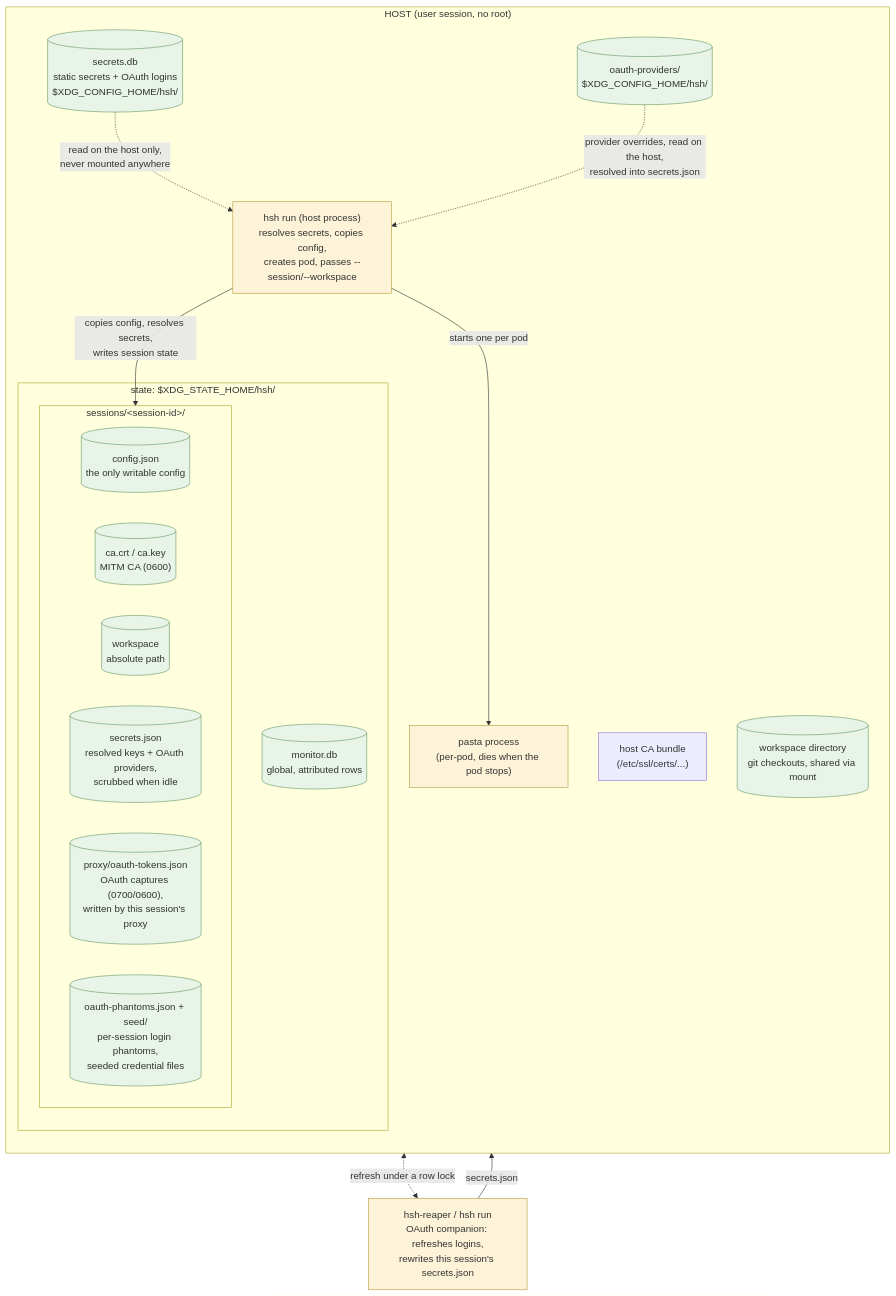
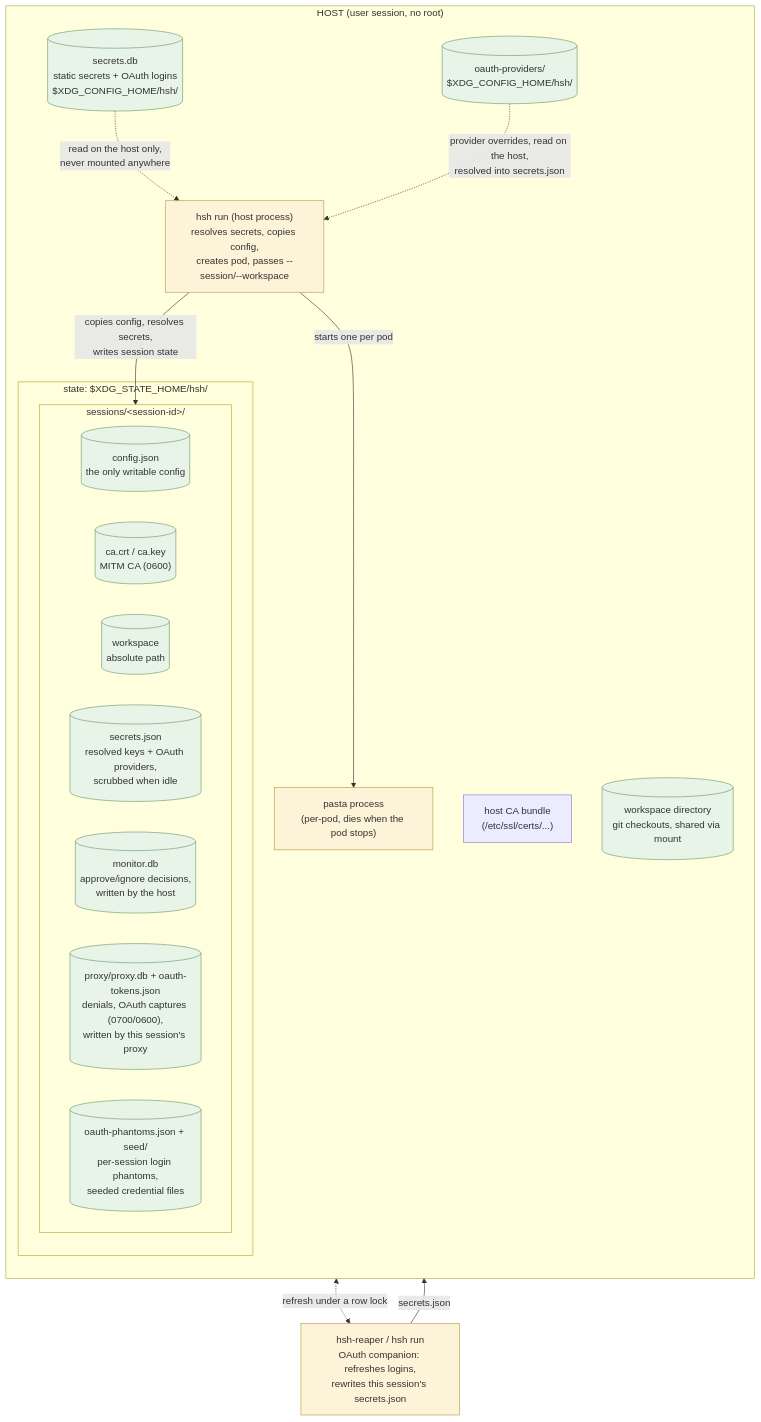
One commit to philips/hsh changed the first of 3 diagrams in internal-docs/architecture.md. Above: the diagram before and after it, drawn with Mermaid. The commit also changed other lines of this file and 62 other files, not shown here.

First line of the commit message:
secret hardening: per-session proxy state, host-bound secrets, image trust

````diff
--- a/internal-docs/architecture.md
+++ b/internal-docs/architecture.md
@@ -46,37 +46,37 @@
 ```mermaid
 flowchart TB
     classDef proc fill:#fdf3d8,stroke:#b59b3e
     classDef file fill:#e7f4e7,stroke:#6a9a6a
 
     subgraph HOST["HOST (user session, no root)"]
         direction TB
         hshrun["hsh run (host process)<br/>resolves secrets, copies config,<br/>creates pod, passes --session/--workspace"]
         pasta["pasta process<br/>(per-pod, dies when the pod stops)"]
         subgraph STATE["state: $XDG_STATE_HOME/hsh/"]
-            monitordb[("monitor.db<br/>global, attributed rows")]
             subgraph SESDIR["sessions/&lt;session-id&gt;/"]
                 cfgcopy[("config.json<br/>the only writable config")]
                 cafiles[("ca.crt / ca.key<br/>MITM CA (0600)")]
                 wsfile[("workspace<br/>absolute path")]
                 secretsjson[("secrets.json<br/>resolved keys + OAuth providers,<br/>scrubbed when idle")]
-                proxydir[("proxy/oauth-tokens.json<br/>OAuth captures (0700/0600),<br/>written by this session's proxy")]
+                decisions[("monitor.db<br/>approve/ignore decisions,<br/>written by the host")]
+                proxydir[("proxy/proxy.db + oauth-tokens.json<br/>denials, OAuth captures (0700/0600),<br/>written by this session's proxy")]
                 oauthph[("oauth-phantoms.json + seed/<br/>per-session login phantoms,<br/>seeded credential files")]
             end
         end
         secretstore[("secrets.db<br/>static secrets + OAuth logins<br/>$XDG_CONFIG_HOME/hsh/")]
         oauthprov[("oauth-providers/<br/>$XDG_CONFIG_HOME/hsh/")]
         caBundle["host CA bundle<br/>(/etc/ssl/certs/...)"]
         wsdir[("workspace directory<br/>git checkouts, shared via mount")]
     end
 
     hshrun -->|"starts one per pod"| pasta
     secretstore -.->|"read on the host only,<br/>never mounted anywhere"| hshrun
     reaper["hsh-reaper / hsh run<br/>OAuth companion: refreshes logins,<br/>rewrites this session's secrets.json"]
     secretstore <-.->|"refresh under a row lock"| reaper
     reaper -->|"secrets.json"| SESDIR
     oauthprov -.->|"provider overrides, read on the host,<br/>resolved into secrets.json"| hshrun
     hshrun -->|"copies config, resolves secrets,<br/>writes session state"| SESDIR
 
     class hshrun,pasta,reaper proc
-    class monitordb,cfgcopy,cafiles,wsfile,secretsjson,proxydir,oauthph,secretstore,oauthprov,wsdir file
+    class cfgcopy,cafiles,wsfile,secretsjson,decisions,proxydir,oauthph,secretstore,oauthprov,wsdir file
 ```
````
